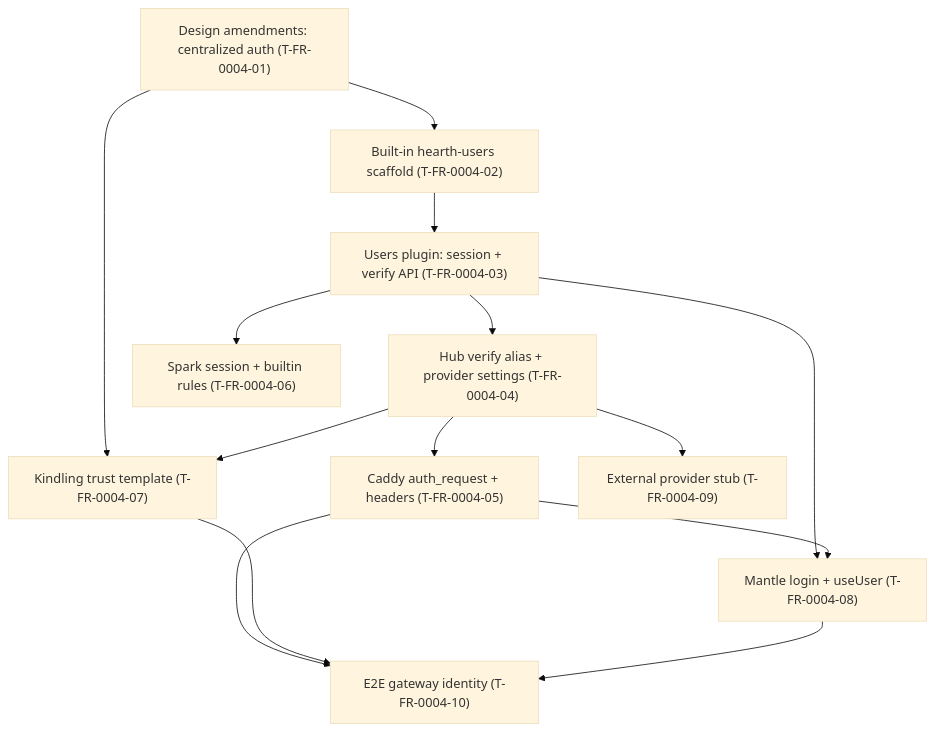
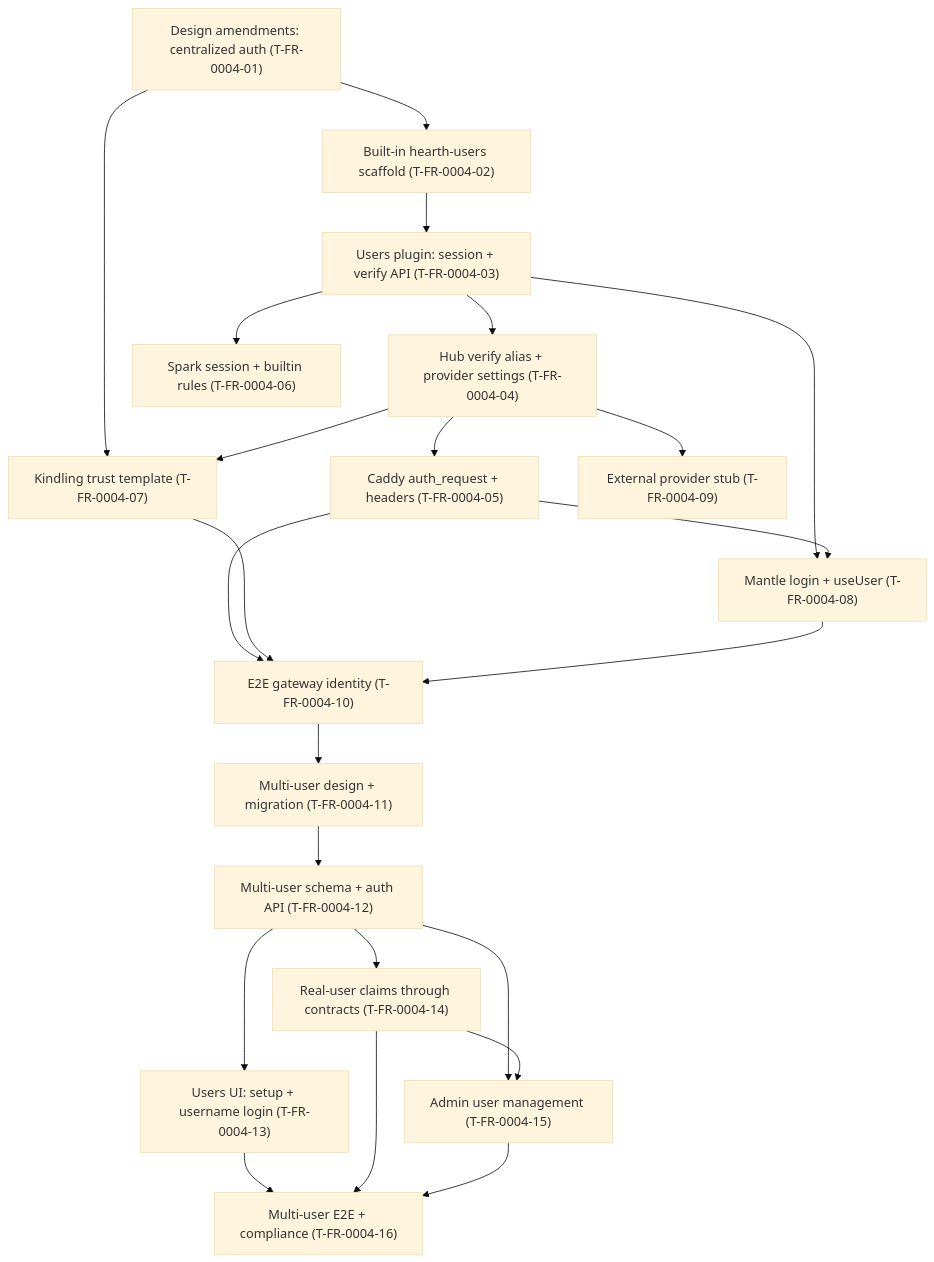
One commit to mcelhennyi/hearth changed the diagram in tasks/feature-history/FR-0004-centralized-users-auth/20-tickets-dag.md. Above: the diagram before and after it, drawn with Mermaid (base theme). The commit also changed other lines of this file and 12 other files, not shown here.

Commit message:
docs(FR-0004): reopen auth for multi-user tickets

````diff
--- a/tasks/feature-history/FR-0004-centralized-users-auth/20-tickets-dag.md
+++ b/tasks/feature-history/FR-0004-centralized-users-auth/20-tickets-dag.md
@@ -24,27 +30,42 @@
 ```mermaid
 flowchart TB
   T01["Design amendments: centralized auth (T-FR-0004-01)"]
   T02["Built-in hearth-users scaffold (T-FR-0004-02)"]
   T03["Users plugin: session + verify API (T-FR-0004-03)"]
   T04["Hub verify alias + provider settings (T-FR-0004-04)"]
   T05["Caddy auth_request + headers (T-FR-0004-05)"]
   T06["Spark session + builtin rules (T-FR-0004-06)"]
   T07["Kindling trust template (T-FR-0004-07)"]
   T08["Mantle login + useUser (T-FR-0004-08)"]
   T09["External provider stub (T-FR-0004-09)"]
   T10["E2E gateway identity (T-FR-0004-10)"]
+  T11["Multi-user design + migration (T-FR-0004-11)"]
+  T12["Multi-user schema + auth API (T-FR-0004-12)"]
+  T13["Users UI: setup + username login (T-FR-0004-13)"]
+  T14["Real-user claims through contracts (T-FR-0004-14)"]
+  T15["Admin user management (T-FR-0004-15)"]
+  T16["Multi-user E2E + compliance (T-FR-0004-16)"]
 
   T01 --> T02
   T02 --> T03
   T03 --> T04
   T03 --> T06
   T04 --> T05
   T04 --> T09
   T01 --> T07
   T04 --> T07
   T03 --> T08
   T05 --> T08
   T05 --> T10
   T07 --> T10
   T08 --> T10
+  T10 --> T11
+  T11 --> T12
+  T12 --> T13
+  T12 --> T14
+  T12 --> T15
+  T14 --> T15
+  T13 --> T16
+  T14 --> T16
+  T15 --> T16
 ```
````
